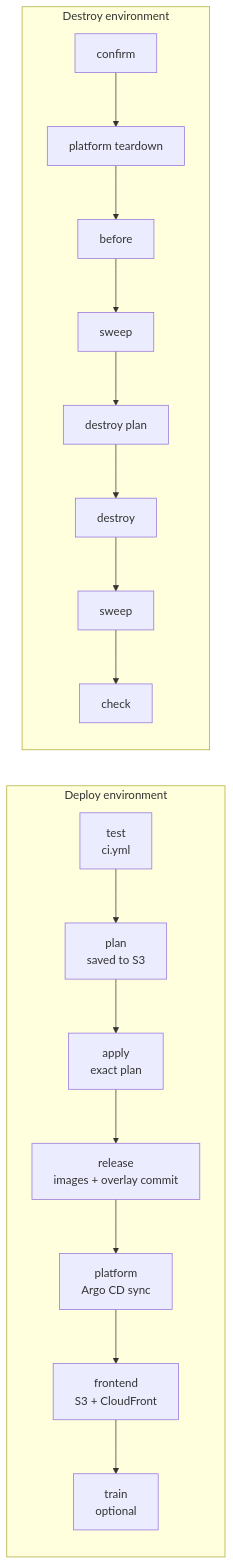
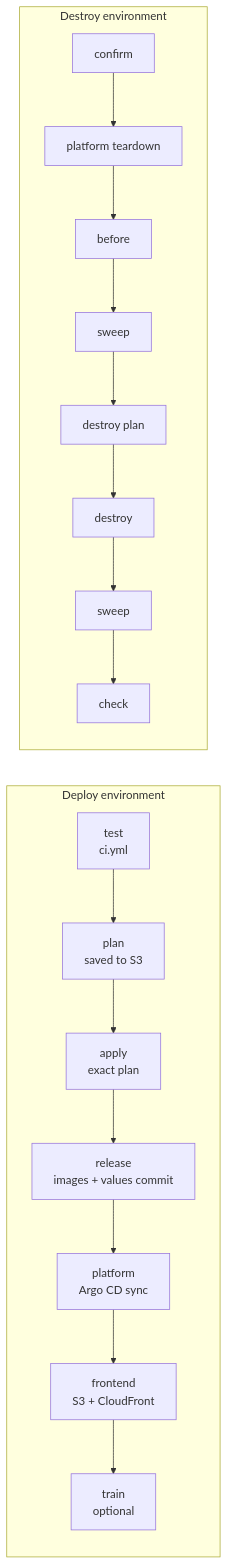
Before and after one commit to bawantha395/workshop-stock-management-system-mlops: the diagram in docs/DEPLOYMENT.md, drawn with Mermaid. The commit also changed other lines of this file and 720 other files, not shown here.

````diff
--- a/docs/DEPLOYMENT.md
+++ b/docs/DEPLOYMENT.md
@@ -14,9 +14,9 @@
 ```mermaid
 flowchart LR
   subgraph Deploy environment
-    T[test<br/>ci.yml] --> P[plan<br/>saved to S3] --> A[apply<br/>exact plan] --> R[release<br/>images + overlay commit] --> K[platform<br/>Argo CD sync] --> F[frontend<br/>S3 + CloudFront] --> M[train<br/>optional]
+    T[test<br/>ci.yml] --> P[plan<br/>saved to S3] --> A[apply<br/>exact plan] --> R[release<br/>images + values commit] --> K[platform<br/>Argo CD sync] --> F[frontend<br/>S3 + CloudFront] --> M[train<br/>optional]
   end
   subgraph Destroy environment
     C[confirm] --> PT[platform teardown] --> B[before] --> S[sweep] --> DP[destroy plan] --> D[destroy] --> S2[sweep] --> CH[check]
   end
 ```
````
